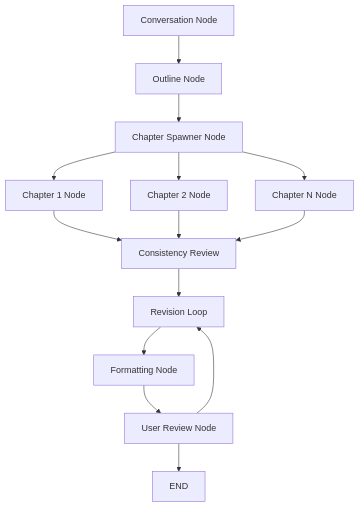
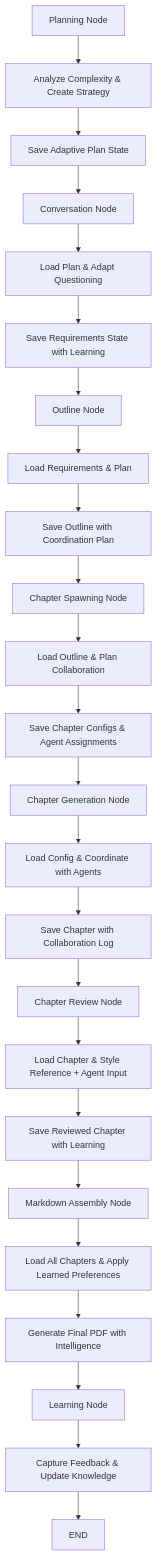
Before and after one commit to markhodierne/book-agent: the diagram in ARCHITECTURE.md, drawn with Mermaid. The commit also changed other lines of this file and 16 other files, not shown here.

````diff
--- a/ARCHITECTURE.md
+++ b/ARCHITECTURE.md
@@ -181,16 +753,26 @@
 ```mermaid
 graph TD
-    A[Conversation Node] --> B[Outline Node]
-    B --> C[Chapter Spawner Node]
-    C --> D1[Chapter 1 Node]
-    C --> D2[Chapter 2 Node]
-    C --> DN[Chapter N Node]
-    D1 --> E[Consistency Review]
-    D2 --> E
-    DN --> E
-    E --> F[Quality Review]
-    F --> G[Formatting Node]
-    G --> H[User Review Node]
-    H --> I[END]
-    H --> F[Revision Loop]
+    A[Planning Node] --> A1[Analyze Complexity & Create Strategy]
+    A1 --> A2[Save Adaptive Plan State]
+    A2 --> B[Conversation Node]
+    B --> B1[Load Plan & Adapt Questioning]
+    B1 --> B2[Save Requirements State with Learning]
+    B2 --> C[Outline Node]
+    C --> C1[Load Requirements & Plan]
+    C1 --> C2[Save Outline with Coordination Plan]
+    C2 --> D[Chapter Spawning Node]
+    D --> D1[Load Outline & Plan Collaboration]
+    D1 --> D2[Save Chapter Configs & Agent Assignments]
+    D2 --> E[Chapter Generation Node]
+    E --> E1[Load Config & Coordinate with Agents]
+    E1 --> E2[Save Chapter with Collaboration Log]
+    E2 --> F[Chapter Review Node]
+    F --> F1[Load Chapter & Style Reference + Agent Input]
+    F1 --> F2[Save Reviewed Chapter with Learning]
+    F2 --> G[Markdown Assembly Node]
+    G --> G1[Load All Chapters & Apply Learned Preferences]
+    G1 --> G2[Generate Final PDF with Intelligence]
+    G2 --> H[Learning Node]
+    H --> H1[Capture Feedback & Update Knowledge]
+    H1 --> I[END]
 ```
````
